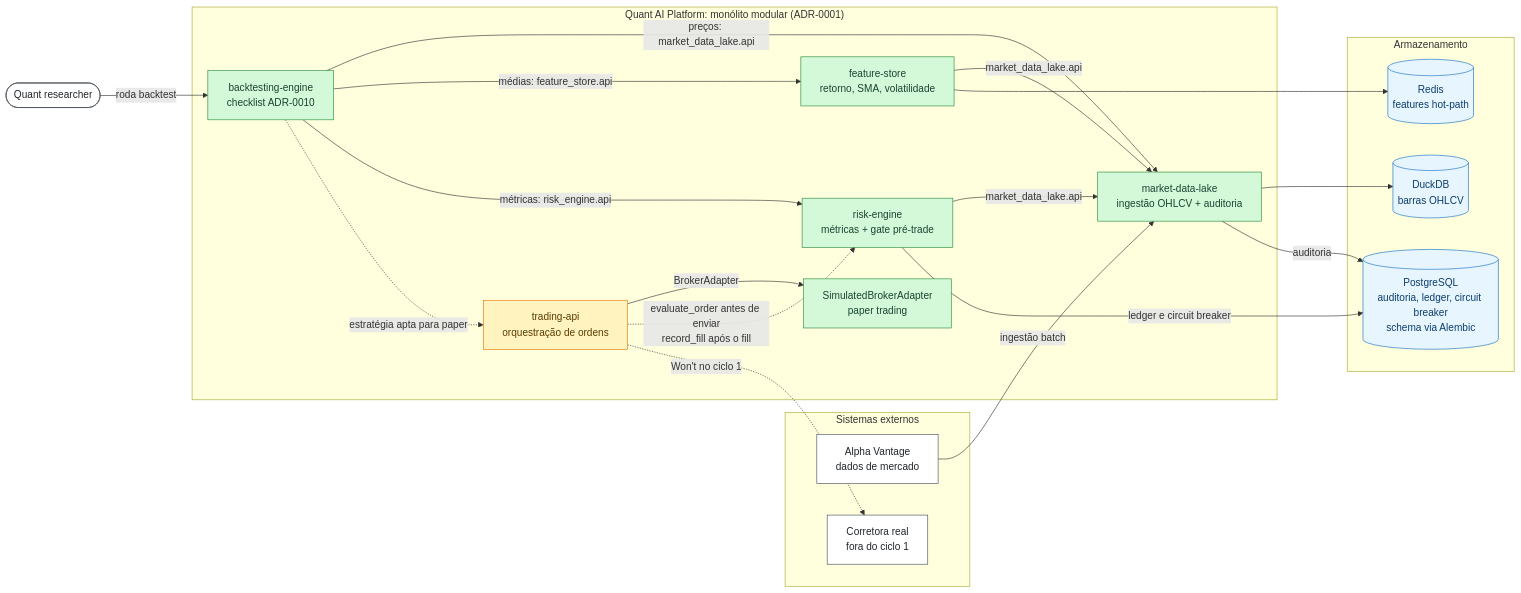
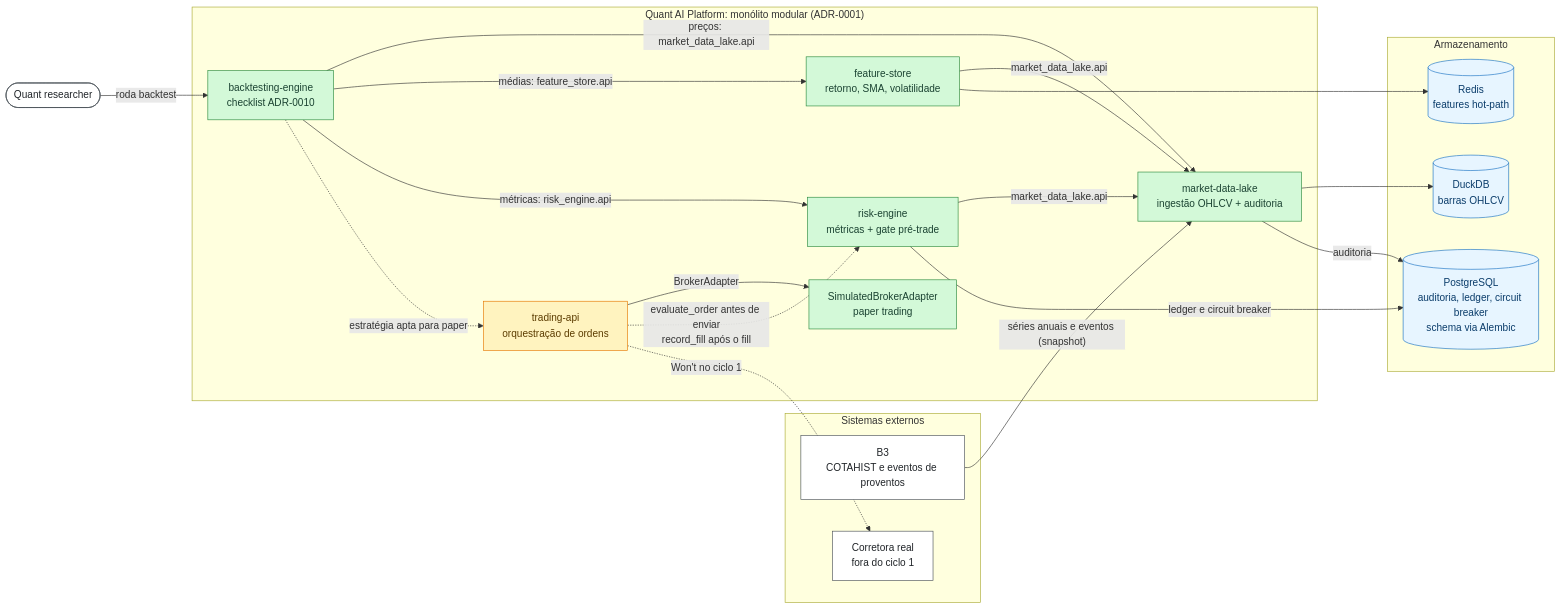
Before and after one commit to fabioestevam2404/ai-quanti: the diagram in README.md, drawn with Mermaid. The commit also changed other lines of this file and 22 other files, not shown here.

````diff
--- a/README.md
+++ b/README.md
@@ -33,52 +33,52 @@
 ```mermaid
 flowchart LR
     quant(["Quant researcher"])
 
     subgraph ext["Sistemas externos"]
-        av["Alpha Vantage<br/>dados de mercado"]
+        av["B3<br/>COTAHIST e eventos de proventos"]
         broker["Corretora real<br/>fora do ciclo 1"]
     end
 
     subgraph platform["Quant AI Platform: monólito modular (ADR-0001)"]
         mdl["market-data-lake<br/>ingestão OHLCV + auditoria"]
         fs["feature-store<br/>retorno, SMA, volatilidade"]
         bt["backtesting-engine<br/>checklist ADR-0010"]
         risk["risk-engine<br/>métricas + gate pré-trade"]
         tapi["trading-api<br/>orquestração de ordens"]
         sim["SimulatedBrokerAdapter<br/>paper trading"]
     end
 
     subgraph stores["Armazenamento"]
         duck[("DuckDB<br/>barras OHLCV")]
         pg[("PostgreSQL<br/>auditoria, ledger, circuit breaker<br/>schema via Alembic")]
         redis[("Redis<br/>features hot-path")]
     end
 
-    av -->|ingestão batch| mdl
+    av -->|"séries anuais e eventos (snapshot)"| mdl
     mdl --> duck
     mdl -->|auditoria| pg
     fs -->|market_data_lake.api| mdl
     fs --> redis
     risk -->|market_data_lake.api| mdl
     risk -->|ledger e circuit breaker| pg
     tapi -->|BrokerAdapter| sim
 
     quant -->|roda backtest| bt
     bt -->|"preços: market_data_lake.api"| mdl
     bt -->|"médias: feature_store.api"| fs
     bt -->|"métricas: risk_engine.api"| risk
     bt -.->|"estratégia apta para paper"| tapi
     tapi -.->|"evaluate_order antes de enviar<br/>record_fill após o fill"| risk
     tapi -.->|"Won't no ciclo 1"| broker
 
     classDef done fill:#d3f9d8,stroke:#2b8a3e,color:#1b4332
     classDef partial fill:#fff3bf,stroke:#e67700,color:#5c3c00
     classDef planned fill:#f1f3f5,stroke:#868e96,color:#343a40,stroke-dasharray:5 3
     classDef store fill:#e7f5ff,stroke:#1971c2,color:#0b3d6b
     classDef external fill:#ffffff,stroke:#495057,color:#212529
 
     class mdl,fs,risk,sim,bt done
     class tapi partial
     class duck,pg,redis store
     class av,broker,quant external
 ```
````
